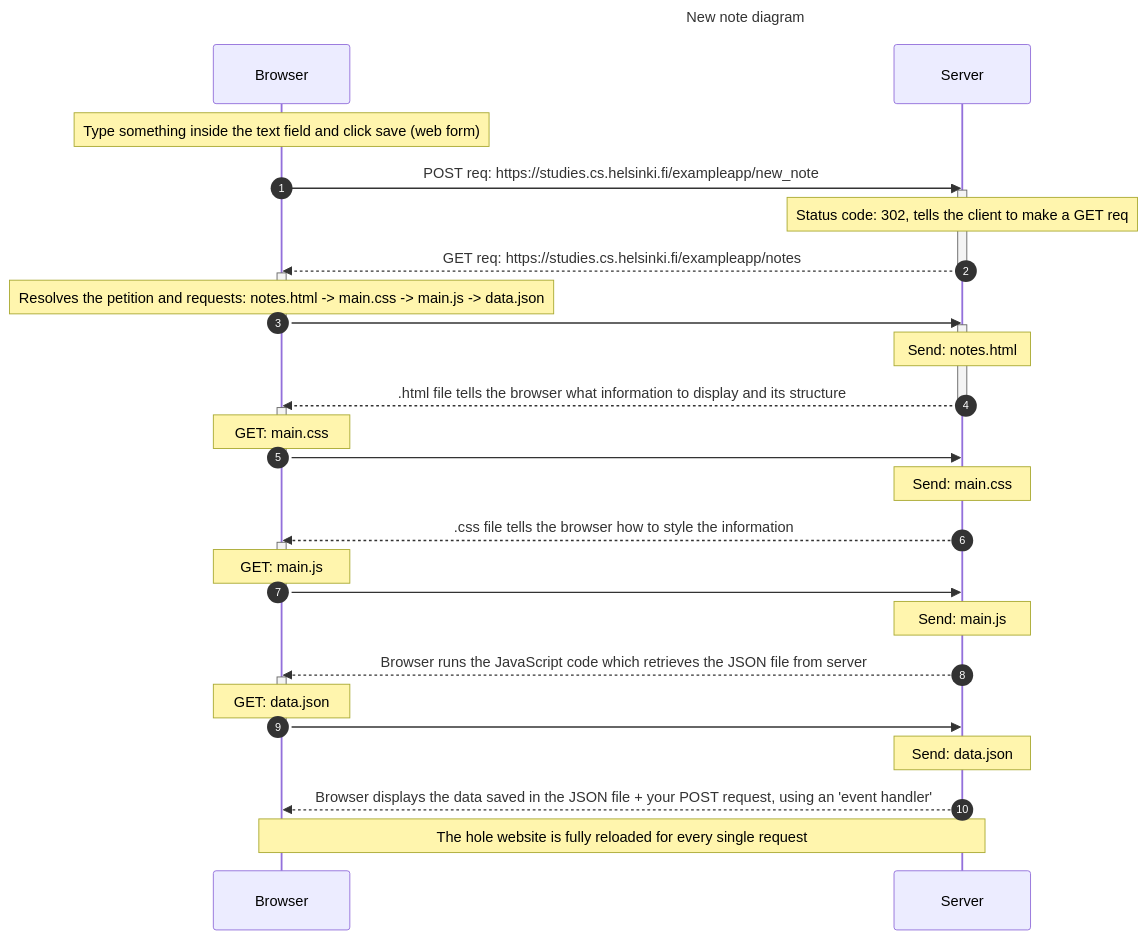
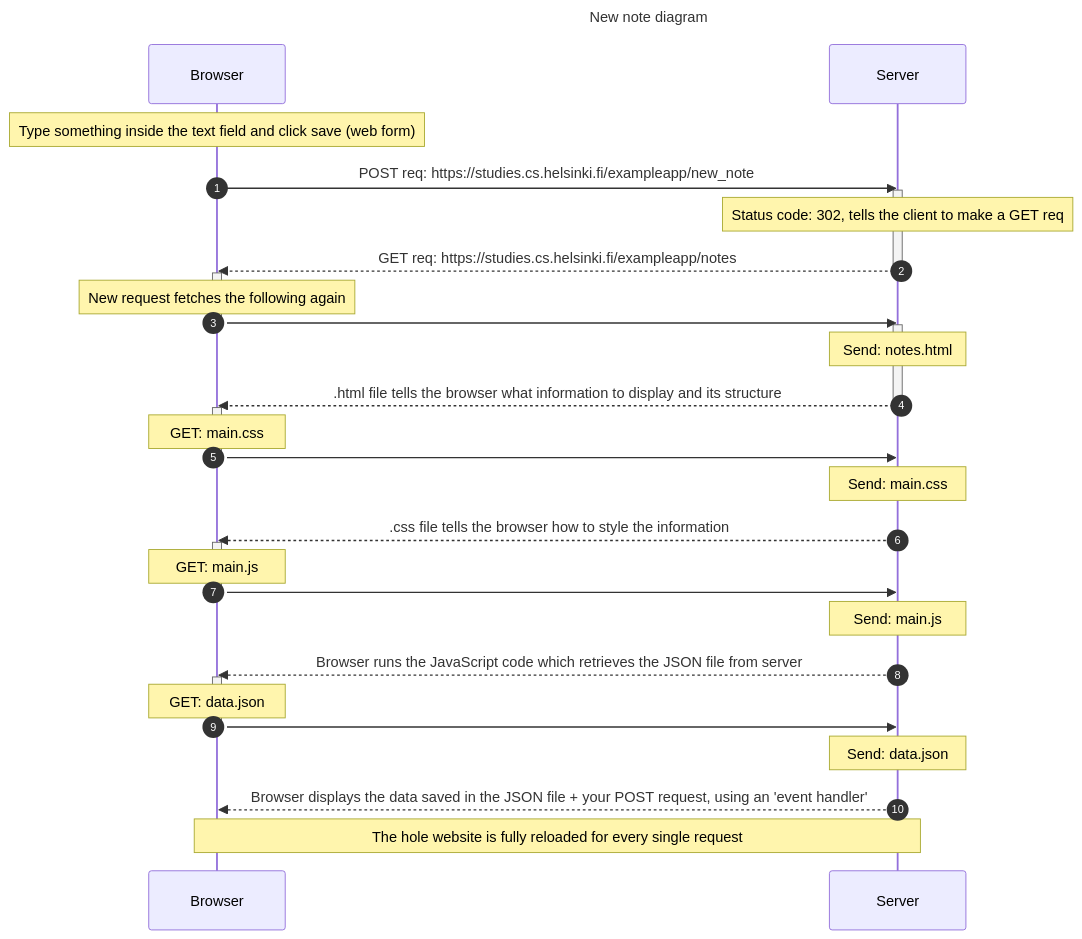
Before and after one commit to Bitlaw/fullstackopen-submissions-repository: the diagram in part0/new-note-diagram.mmd, drawn with Mermaid.

```diff
--- a/part0/new-note-diagram.mmd
+++ b/part0/new-note-diagram.mmd
@@ -1,49 +1,49 @@
 ---
 title: New note diagram
 ---
 
 
 sequenceDiagram
 
     autonumber
 
     Note over Browser:  Type something inside the text field  and click save (web form)
     Browser->>Server: POST req: https://studies.cs.helsinki.fi/exampleapp/new_note  
 
     activate Server
     Note over Server:  Status code: 302, tells the client to make a GET req 
     Server-->>Browser: GET req:  https://studies.cs.helsinki.fi/exampleapp/notes
     deactivate Server
 
     activate Browser 
-    Note over Browser: Resolves the petition and requests: notes.html -> main.css -> main.js -> data.json 
+    Note over Browser: New request fetches the following again
     Browser->>Server: 
     deactivate Browser 
 
     activate Server
     Note over Server: Send: notes.html
     Server-->>Browser: .html file tells the browser what information to display and its structure
     deactivate Server
 
     activate Browser 
     Note over Browser: GET: main.css 
     Browser->>Server: 
     deactivate Browser 
     Note over Server: Send: main.css 
     Server-->>Browser: .css file tells the browser how to style the information
 
     activate Browser 
     Note over Browser: GET: main.js 
     Browser->>Server: 
     deactivate Browser 
     Note over Server: Send: main.js 
     Server-->>Browser: Browser runs the JavaScript code which retrieves the JSON file from server
 
     activate Browser 
     Note over Browser: GET: data.json 
     Browser->>Server: 
     deactivate Browser 
     Note over Server: Send: data.json
     Server-->>Browser: Browser displays the data saved in the JSON file + your POST request, using an 'event handler'
 
     Note over Browser, Server: The hole website is fully reloaded for every single request
```
